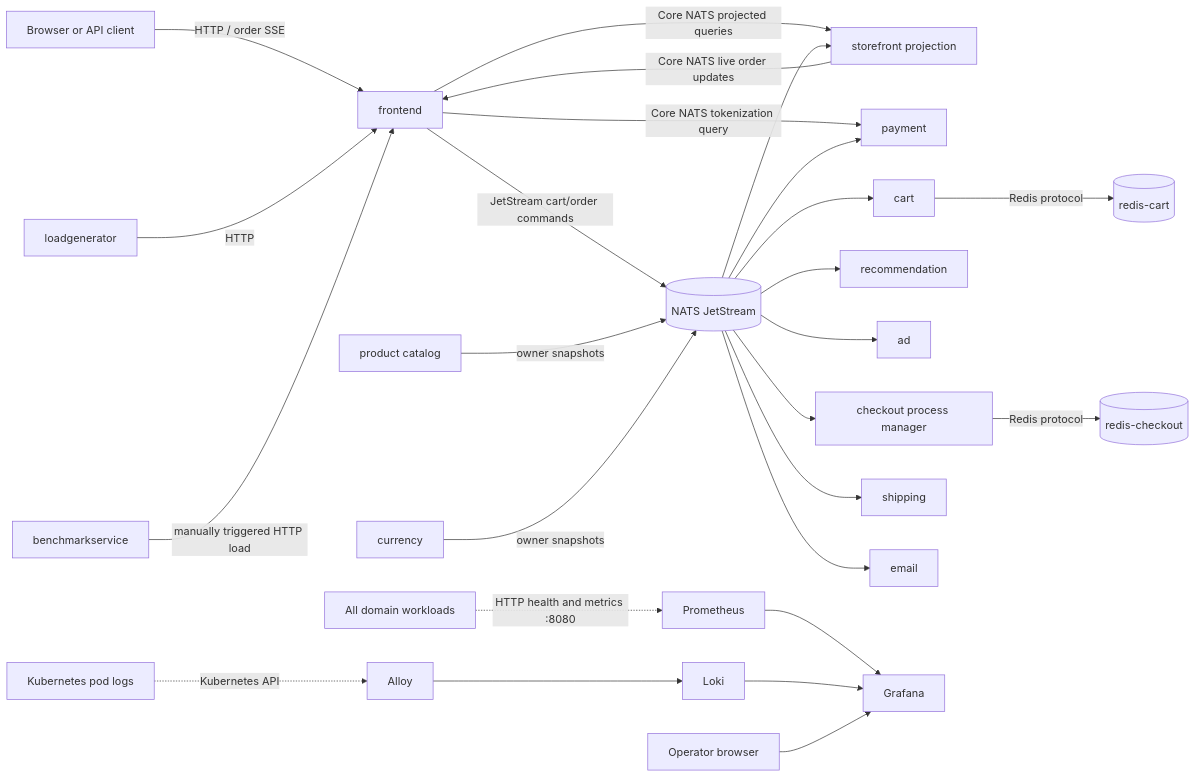
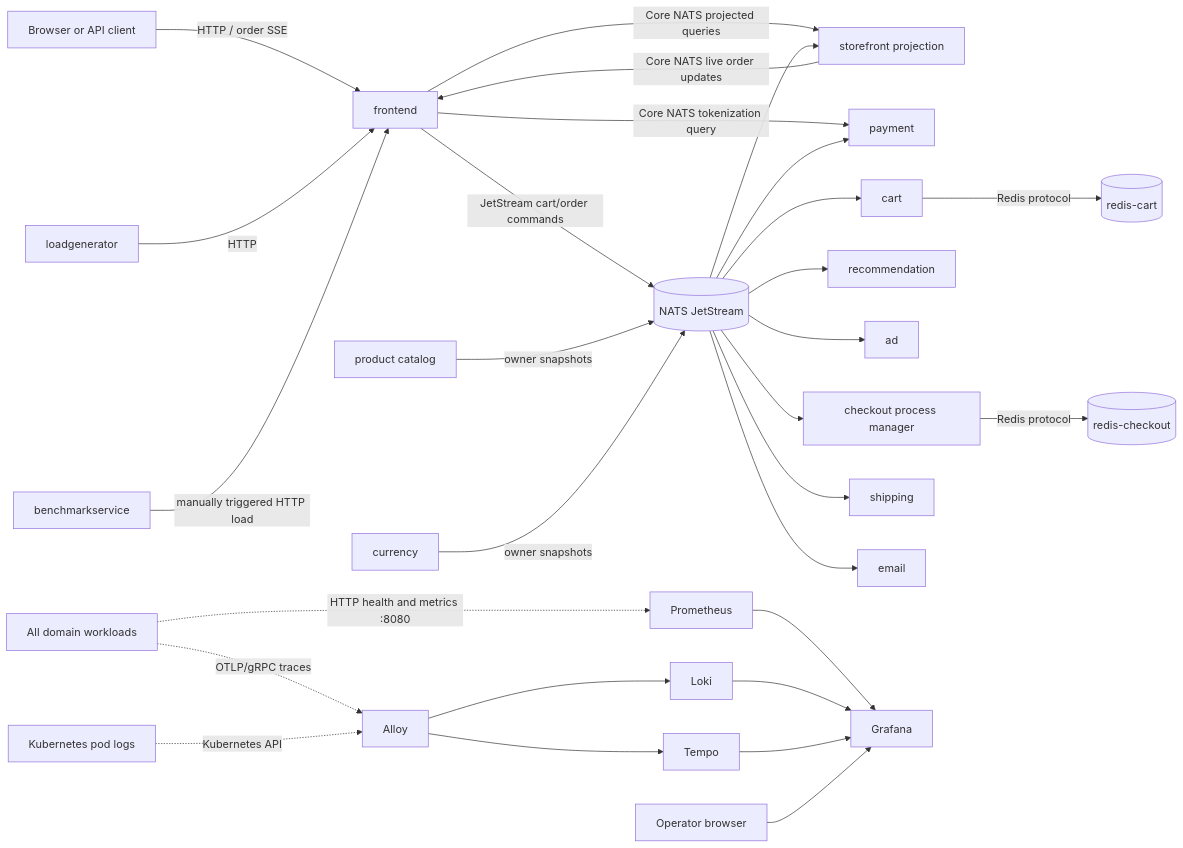
Before and after one commit to Matslo1234/microservices-demo-nats: the diagram in README.md, drawn with Mermaid. The commit also changed other lines of this file and 71 other files, not shown here.

````diff
--- a/README.md
+++ b/README.md
@@ -19,31 +19,34 @@
 ```mermaid
 flowchart LR
     User[Browser or API client] -->|HTTP / order SSE| FE[frontend]
     Load[loadgenerator] -->|HTTP| FE
     Benchmark[benchmarkservice] -->|manually triggered HTTP load| FE
 
     FE -->|Core NATS projected queries| Projection[storefront projection]
     Projection -->|Core NATS live order updates| FE
     FE -->|JetStream cart/order commands| NATS[(NATS JetStream)]
     FE -->|Core NATS tokenization query| Payment[payment]
 
     Catalog[product catalog] -->|owner snapshots| NATS
     Currency[currency] -->|owner snapshots| NATS
     NATS --> Cart[cart]
     NATS --> Recommendation[recommendation]
     NATS --> Ad[ad]
     NATS --> Checkout[checkout process manager]
     NATS --> Shipping[shipping]
     NATS --> Payment
     NATS --> Email[email]
     NATS --> Projection
     Cart -->|Redis protocol| CartRedis[(redis-cart)]
     Checkout -->|Redis protocol| CheckoutRedis[(redis-checkout)]
 
     Apps[All domain workloads] -.->|HTTP health and metrics :8080| Prometheus
+    Apps -.->|OTLP/gRPC traces| Alloy
     Kubernetes[Kubernetes pod logs] -.->|Kubernetes API| Alloy
     Alloy --> Loki
+    Alloy --> Tempo
     Prometheus --> Grafana
     Loki --> Grafana
+    Tempo --> Grafana
     Operator[Operator browser] --> Grafana
 ```
````
